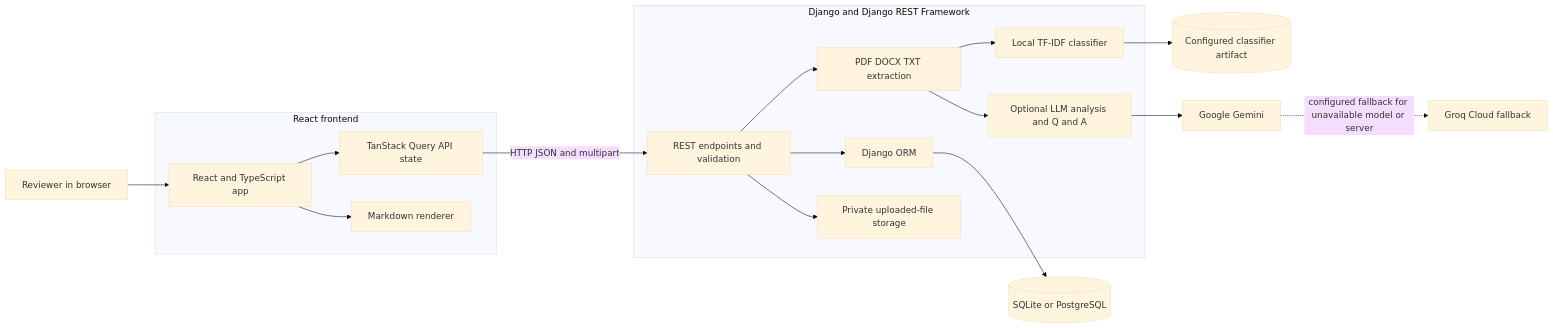
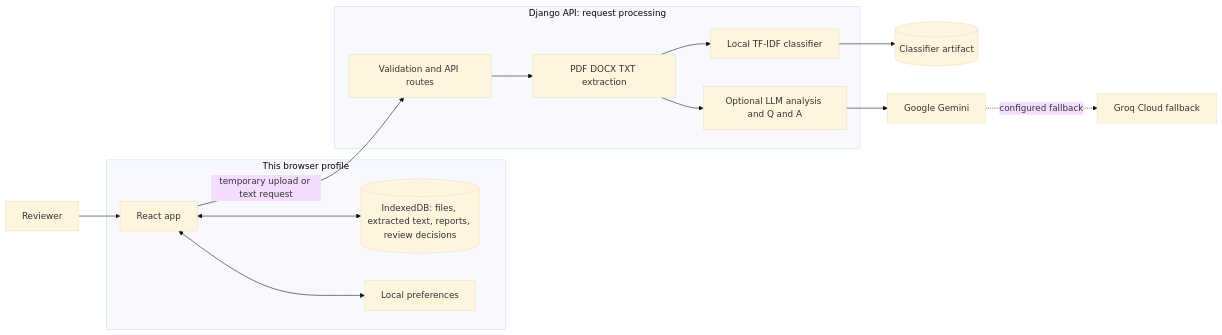
Before and after one commit to sushil930/AI_Document_Risk_Classifier: the first of 3 diagrams in README.md, drawn with Mermaid (base theme). The commit also changed other lines of this file and 7 other files, not shown here.

First line of the commit message:
Refactor review queue page to utilize local history for review decisions

````diff
--- a/README.md
+++ b/README.md
@@ -20,34 +20,27 @@
 ```mermaid
 flowchart LR
-    Person[Reviewer in browser]
-    subgraph UI[React frontend]
-        App[React and TypeScript app]
-        Query[TanStack Query API state]
-        Markdown[Markdown renderer]
-        App --> Query
-        App --> Markdown
+    Person[Reviewer]
+    subgraph Browser[This browser profile]
+        UI[React app]
+        IDB[(IndexedDB: files, extracted text, reports, review decisions)]
+        Prefs[Local preferences]
+        UI <--> IDB
+        UI <--> Prefs
     end
-    subgraph API[Django and Django REST Framework]
-        Routes[REST endpoints and validation]
+    subgraph API[Django API: request processing]
+        Routes[Validation and API routes]
         Extract[PDF DOCX TXT extraction]
         Classifier[Local TF-IDF classifier]
-        LLMService[Optional LLM analysis and Q and A]
-        ORM[Django ORM]
-        PrivateFiles[Private uploaded-file storage]
-        Routes --> Extract
-        Extract --> Classifier
-        Extract --> LLMService
-        Routes --> ORM
-        Routes --> PrivateFiles
+        LLM[Optional LLM analysis and Q and A]
+        Routes --> Extract --> Classifier
+        Extract --> LLM
     end
-    DB[(SQLite or PostgreSQL)]
-    Artifact[(Configured classifier artifact)]
+    Artifact[(Classifier artifact)]
     Gemini[Google Gemini]
     Groq[Groq Cloud fallback]
-    Person --> App
-    Query -->|HTTP JSON and multipart| Routes
-    ORM --> DB
+    Person --> UI
+    UI -->|temporary upload or text request| Routes
     Classifier --> Artifact
-    LLMService --> Gemini
-    Gemini -. configured fallback for unavailable model or server .-> Groq
+    LLM --> Gemini
+    Gemini -. configured fallback .-> Groq
 ```
````
